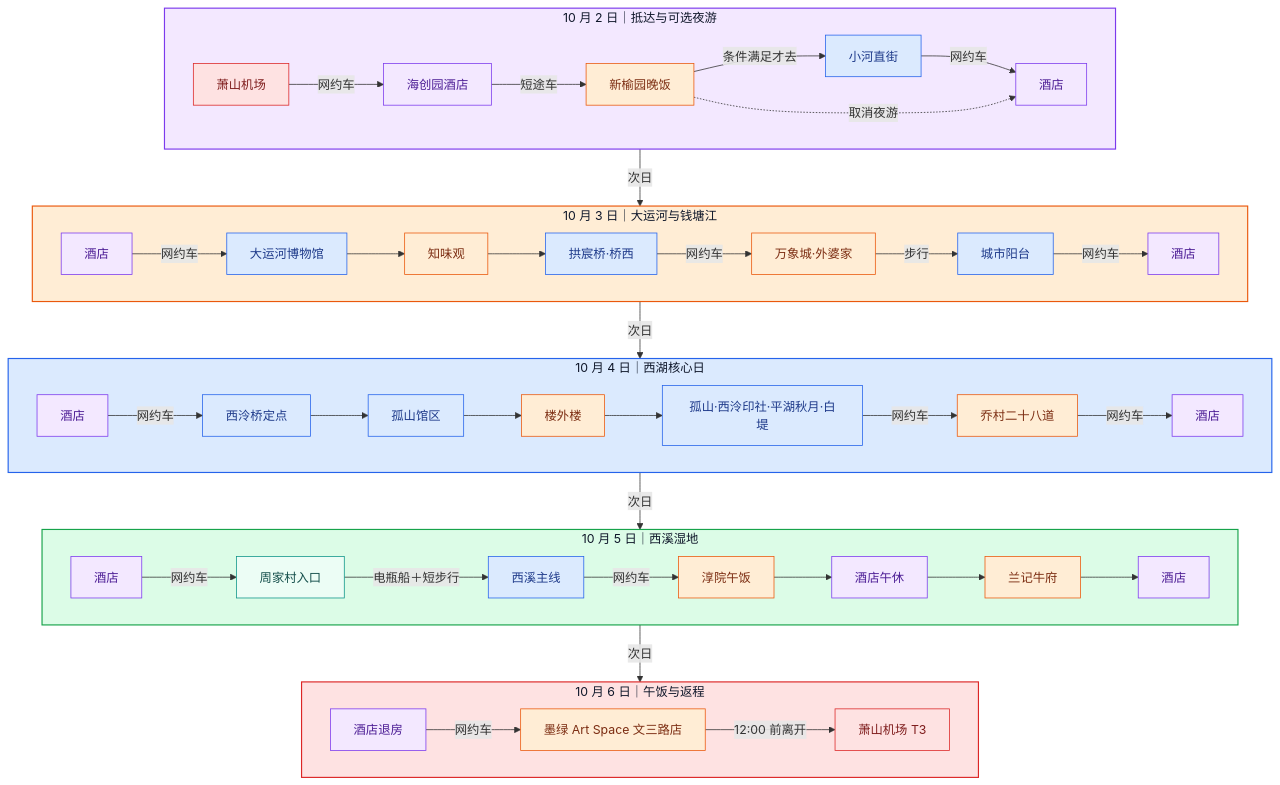
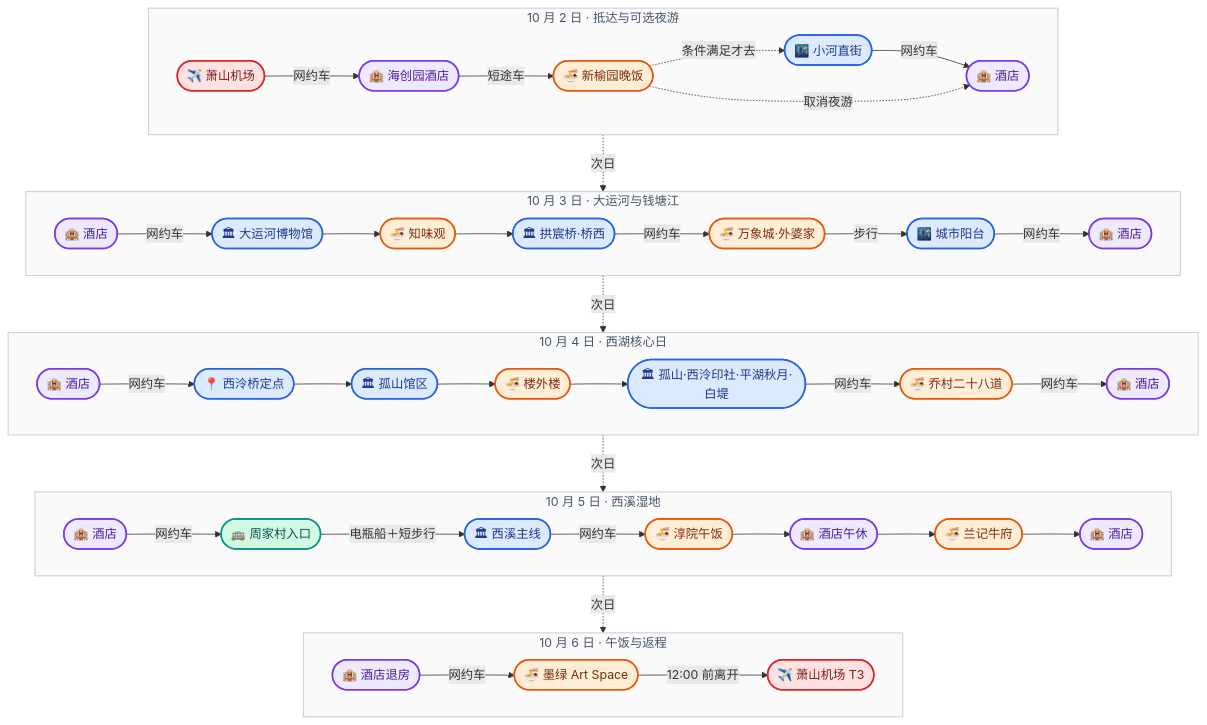
The first of 3 diagrams in docs/traffic.md (TheShadow178/hangzhou-trip), drawn with Mermaid before and after one commit. The commit also changed other lines of this file and 5 other files, not shown here.

First line of the commit message:
美化动线图并修复地图放大空白

````diff
--- a/docs/traffic.md
+++ b/docs/traffic.md
@@ -30,44 +30,63 @@
 ```mermaid
-%%{init: {'theme':'base', 'themeVariables': {'fontFamily':'-apple-system, "PingFang SC", "Microsoft YaHei", sans-serif','lineColor':'#94a3b8','primaryColor':'#f8fafc','primaryBorderColor':'#cbd5e1','primaryTextColor':'#0f172a'}}}%%
+%%{init: {'theme':'base', 'themeVariables': {'fontFamily':'-apple-system, "PingFang SC", "Microsoft YaHei", sans-serif','lineColor':'#94a3b8','primaryColor':'#ffffff','primaryBorderColor':'#94a3b8','primaryTextColor':'#0f172a','fontSize':'13px'}}}%%
 flowchart TB
-  subgraph T02["10 月 2 日｜抵达与可选夜游"]
+  subgraph T02["10 月 2 日 · 抵达与可选夜游"]
     direction LR
-    T02A["萧山机场"] -->|网约车| T02B["海创园酒店"] -->|短途车| T02C["新榆园晚饭"] -->|条件满足才去| T02D["小河直街"] -->|网约车| T02E["酒店"]
+    T02A(["✈️ 萧山机场"]) -->|网约车| T02B(["🏨 海创园酒店"])
+    T02B -->|短途车| T02C(["🍜 新榆园晚饭"])
+    T02C -.->|条件满足才去| T02D(["🌃 小河直街"])
+    T02D -->|网约车| T02E(["🏨 酒店"])
     T02C -. 取消夜游 .-> T02E
   end
-  subgraph T03["10 月 3 日｜大运河与钱塘江"]
+  subgraph T03["10 月 3 日 · 大运河与钱塘江"]
     direction LR
-    T03A["酒店"] -->|网约车| T03B["大运河博物馆"] --> T03C["知味观"] --> T03D["拱宸桥·桥西"] -->|网约车| T03E["万象城·外婆家"] -->|步行| T03F["城市阳台"] -->|网约车| T03G["酒店"]
+    T03A(["🏨 酒店"]) -->|网约车| T03B(["🏛 大运河博物馆"])
+    T03B --> T03C(["🍜 知味观"])
+    T03C --> T03D(["🏛 拱宸桥·桥西"])
+    T03D -->|网约车| T03E(["🍜 万象城·外婆家"])
+    T03E -->|步行| T03F(["🌃 城市阳台"])
+    T03F -->|网约车| T03G(["🏨 酒店"])
   end
-  subgraph T04["10 月 4 日｜西湖核心日"]
+  subgraph T04["10 月 4 日 · 西湖核心日"]
     direction LR
-    T04A["酒店"] -->|网约车| T04B["西泠桥定点"] --> T04C["孤山馆区"] --> T04D["楼外楼"] --> T04E["孤山·西泠印社·平湖秋月·白堤"] -->|网约车| T04F["乔村二十八道"] -->|网约车| T04G["酒店"]
+    T04A(["🏨 酒店"]) -->|网约车| T04B(["📍 西泠桥定点"])
+    T04B --> T04C(["🏛 孤山馆区"])
+    T04C --> T04D(["🍜 楼外楼"])
+    T04D --> T04E(["🏛 孤山·西泠印社·平湖秋月·白堤"])
+    T04E -->|网约车| T04F(["🍜 乔村二十八道"])
+    T04F -->|网约车| T04G(["🏨 酒店"])
   end
-  subgraph T05["10 月 5 日｜西溪湿地"]
+  subgraph T05["10 月 5 日 · 西溪湿地"]
     direction LR
-    T05A["酒店"] -->|网约车| T05B["周家村入口"] -->|电瓶船＋短步行| T05C["西溪主线"] -->|网约车| T05D["淳院午饭"] --> T05E["酒店午休"] --> T05F["兰记牛府"] --> T05G["酒店"]
+    T05A(["🏨 酒店"]) -->|网约车| T05B(["🚌 周家村入口"])
+    T05B -->|电瓶船＋短步行| T05C(["🏛 西溪主线"])
+    T05C -->|网约车| T05D(["🍜 淳院午饭"])
+    T05D --> T05E(["🏨 酒店午休"])
+    T05E --> T05F(["🍜 兰记牛府"])
+    T05F --> T05G(["🏨 酒店"])
   end
-  subgraph T06["10 月 6 日｜午饭与返程"]
+  subgraph T06["10 月 6 日 · 午饭与返程"]
     direction LR
-    T06A["酒店退房"] -->|网约车| T06B["墨绿 Art Space 文三路店"] -->|12:00 前离开| T06C["萧山机场 T3"]
+    T06A(["🏨 酒店退房"]) -->|网约车| T06B(["🍜 墨绿 Art Space"])
+    T06B -->|12:00 前离开| T06C(["✈️ 萧山机场 T3"])
   end
-  T02E -->|次日| T03A
-  T03G -->|次日| T04A
-  T04G -->|次日| T05A
-  T05G -->|次日| T06A
-class T02A,T06C cAir;
-class T02B,T02E,T03A,T03G,T04A,T04G,T05A,T05E,T05G,T06A cStay;
-class T02C,T03C,T03E,T04D,T04F,T05D,T05F,T06B cFood;
-class T02D,T03B,T03D,T03F,T04B,T04C,T04E,T05C cSee;
-class T05B cMove;
-style T02 fill:#f3e8ff,stroke:#7c3aed,stroke-width:1.5px,color:#0f172a
-style T03 fill:#ffedd5,stroke:#ea580c,stroke-width:1.5px,color:#0f172a
-style T04 fill:#dbeafe,stroke:#2563eb,stroke-width:1.5px,color:#0f172a
-style T05 fill:#dcfce7,stroke:#16a34a,stroke-width:1.5px,color:#0f172a
-style T06 fill:#fee2e2,stroke:#dc2626,stroke-width:1.5px,color:#0f172a
-classDef cAir fill:#fee2e2,stroke:#dc2626,color:#7f1d1d
-classDef cStay fill:#f3e8ff,stroke:#7c3aed,color:#4c1d95
-classDef cFood fill:#ffedd5,stroke:#ea580c,color:#7c2d12
-classDef cSee fill:#dbeafe,stroke:#2563eb,color:#1e3a8a
-classDef cMove fill:#ecfdf5,stroke:#0d9488,color:#134e4a
+  T02E -.->|次日| T03A
+  T03G -.->|次日| T04A
+  T04G -.->|次日| T05A
+  T05G -.->|次日| T06A
+  classDef cAir fill:#fee2e2,stroke:#dc2626,stroke-width:2px,color:#7f1d1d
+  classDef cStay fill:#ede9fe,stroke:#7c3aed,stroke-width:2px,color:#4c1d95
+  classDef cFood fill:#ffedd5,stroke:#ea580c,stroke-width:2px,color:#7c2d12
+  classDef cSee fill:#dbeafe,stroke:#2563eb,stroke-width:2px,color:#1e3a8a
+  classDef cMove fill:#d1fae5,stroke:#0d9488,stroke-width:2px,color:#134e4a
+  class T02A,T06C cAir
+  class T02B,T02E,T03A,T03G,T04A,T04G,T05A,T05E,T05G,T06A cStay
+  class T02C,T03C,T03E,T04D,T04F,T05D,T05F,T06B cFood
+  class T02D,T03B,T03D,T03F,T04B,T04C,T04E,T05C cSee
+  class T05B cMove
+  style T02 fill:#fafafa,stroke:#cbd5e1,stroke-width:1.5px,color:#475569
+  style T03 fill:#fafafa,stroke:#cbd5e1,stroke-width:1.5px,color:#475569
+  style T04 fill:#fafafa,stroke:#cbd5e1,stroke-width:1.5px,color:#475569
+  style T05 fill:#fafafa,stroke:#cbd5e1,stroke-width:1.5px,color:#475569
+  style T06 fill:#fafafa,stroke:#cbd5e1,stroke-width:1.5px,color:#475569
 ```
````
